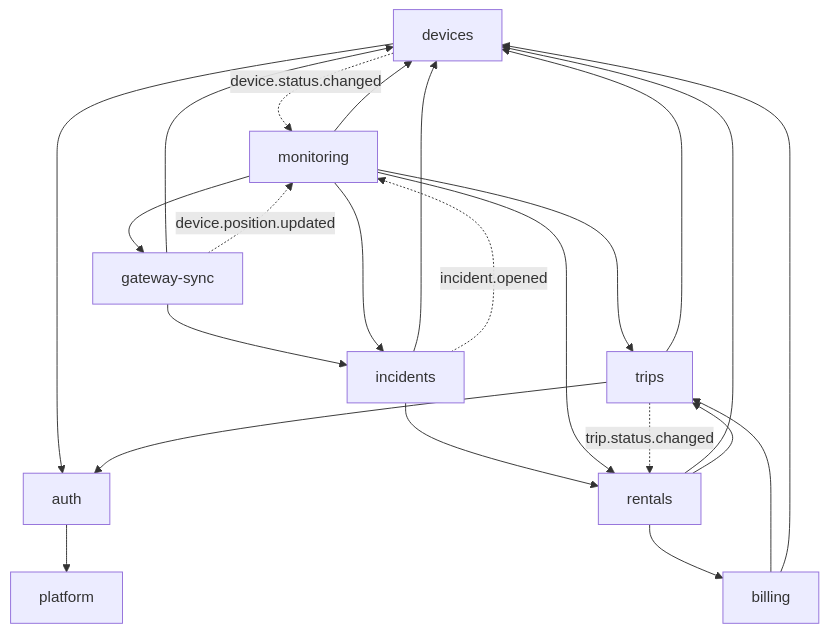
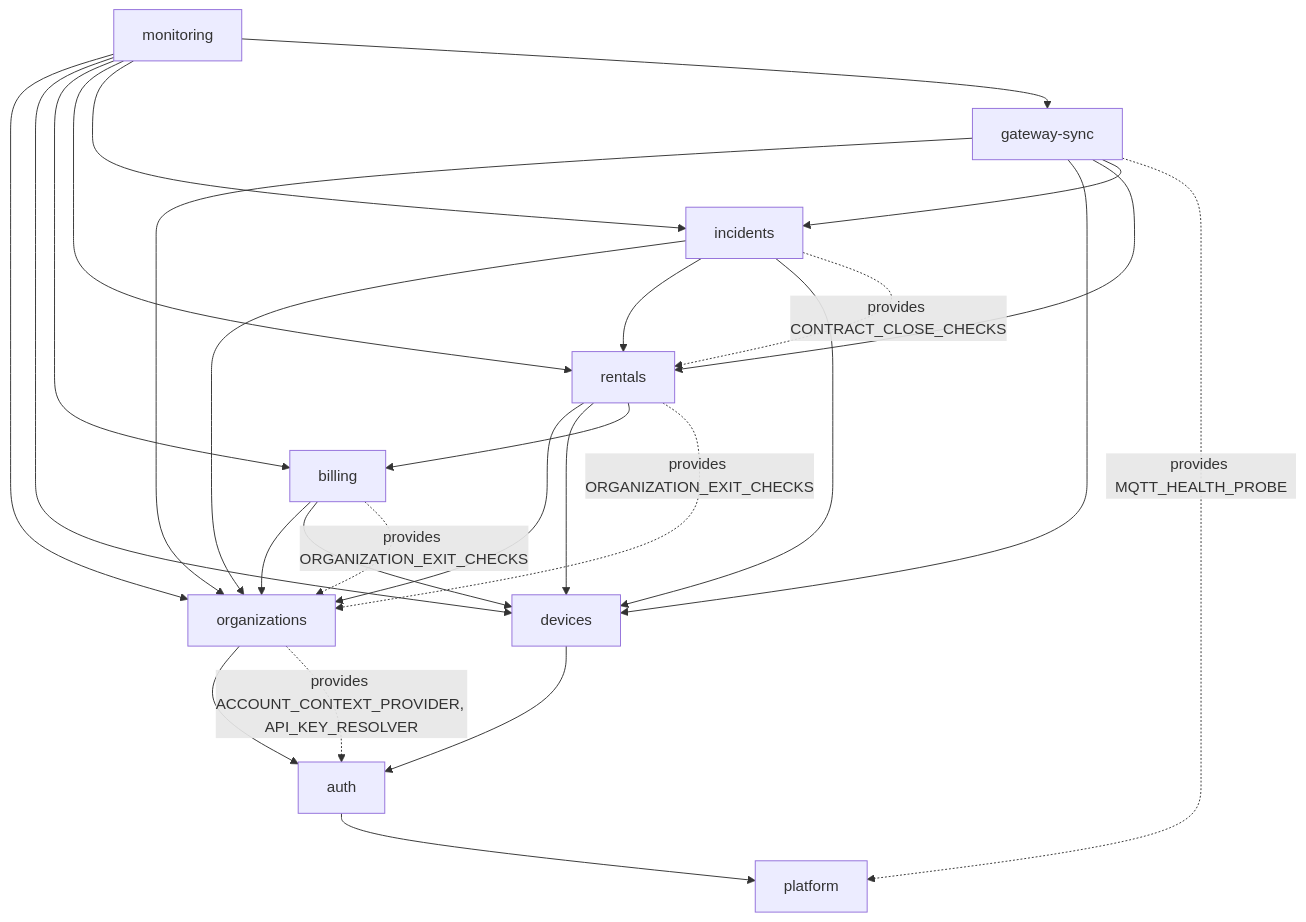
The third of 5 diagrams in specs/platform/design.md (TrekLink-Team/treklink-web), drawn with Mermaid before and after one commit. The commit also changed other lines of this file and 367 other files, not shown here.

First line of the commit message:
docs: rewrite the module specs and schema from the rescoped SRS

````diff
--- a/specs/platform/design.md
+++ b/specs/platform/design.md
@@ -89,34 +95,38 @@
 ```mermaid
 flowchart TB
     PLT["platform"]
     AUTH["auth"]
+    ORG["organizations"]
     DEVS["devices"]
-    TRIPS["trips"]
+    BILL["billing"]
     RENT["rentals"]
-    BILL["billing"]
     INC["incidents"]
     GWS["gateway-sync"]
     MON["monitoring"]
     AUTH --> PLT
+    ORG --> AUTH
     DEVS --> AUTH
-    TRIPS --> AUTH
-    TRIPS --> DEVS
-    BILL --> TRIPS
+    BILL --> ORG
     BILL --> DEVS
+    RENT --> ORG
     RENT --> DEVS
-    RENT --> TRIPS
     RENT --> BILL
+    INC --> ORG
+    INC --> RENT
     INC --> DEVS
-    INC --> RENT
+    GWS --> ORG
     GWS --> DEVS
+    GWS --> RENT
     GWS --> INC
+    MON --> ORG
     MON --> DEVS
-    MON --> TRIPS
+    MON --> BILL
+    MON --> RENT
     MON --> INC
     MON --> GWS
-    MON --> RENT
-    TRIPS -.->|"trip.status.changed"| RENT
-    GWS -.->|"device.position.updated"| MON
-    INC -.->|"incident.opened"| MON
-    DEVS -.->|"device.status.changed"| MON
+    ORG -.->|"provides ACCOUNT_CONTEXT_PROVIDER, API_KEY_RESOLVER"| AUTH
+    BILL -.->|"provides ORGANIZATION_EXIT_CHECKS"| ORG
+    RENT -.->|"provides ORGANIZATION_EXIT_CHECKS"| ORG
+    INC -.->|"provides CONTRACT_CLOSE_CHECKS"| RENT
+    GWS -.->|"provides MQTT_HEALTH_PROBE"| PLT
 ```
````
